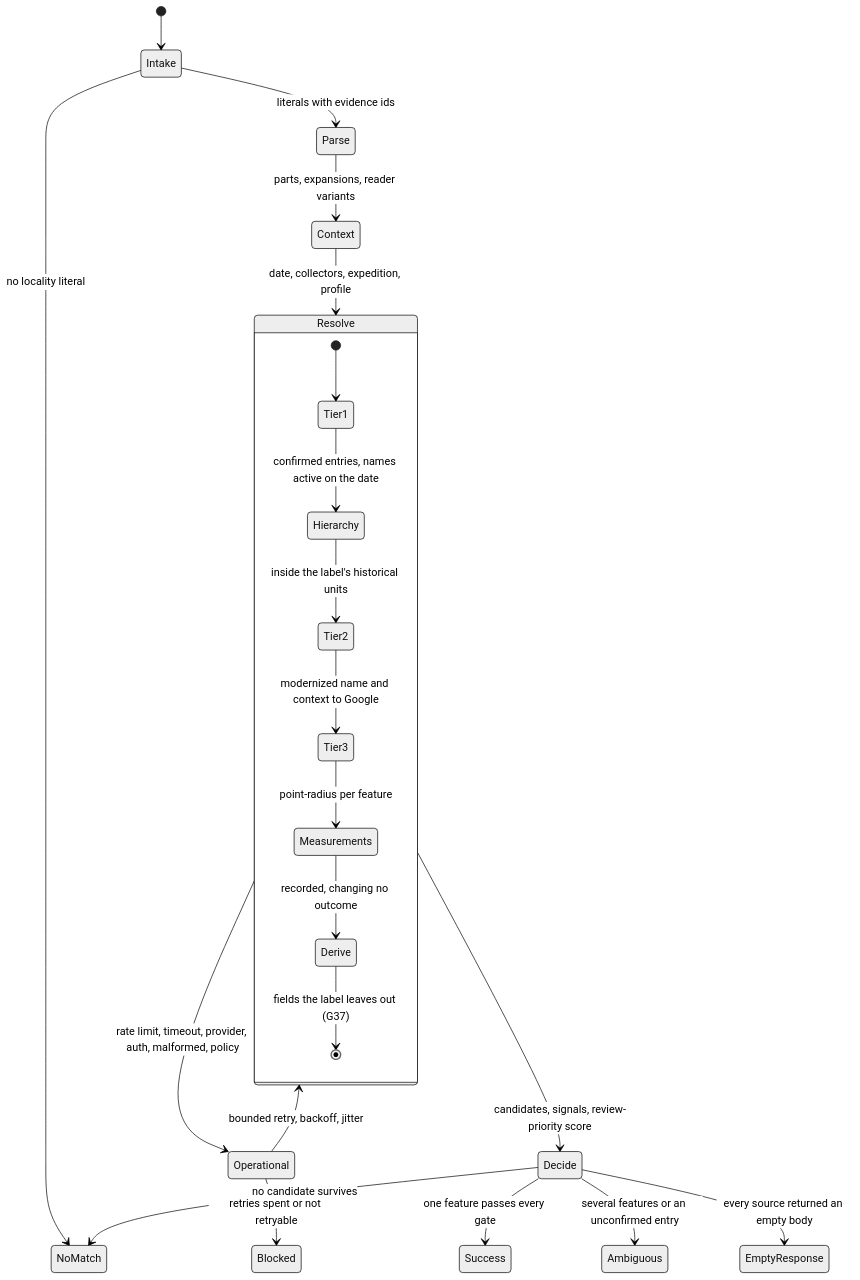
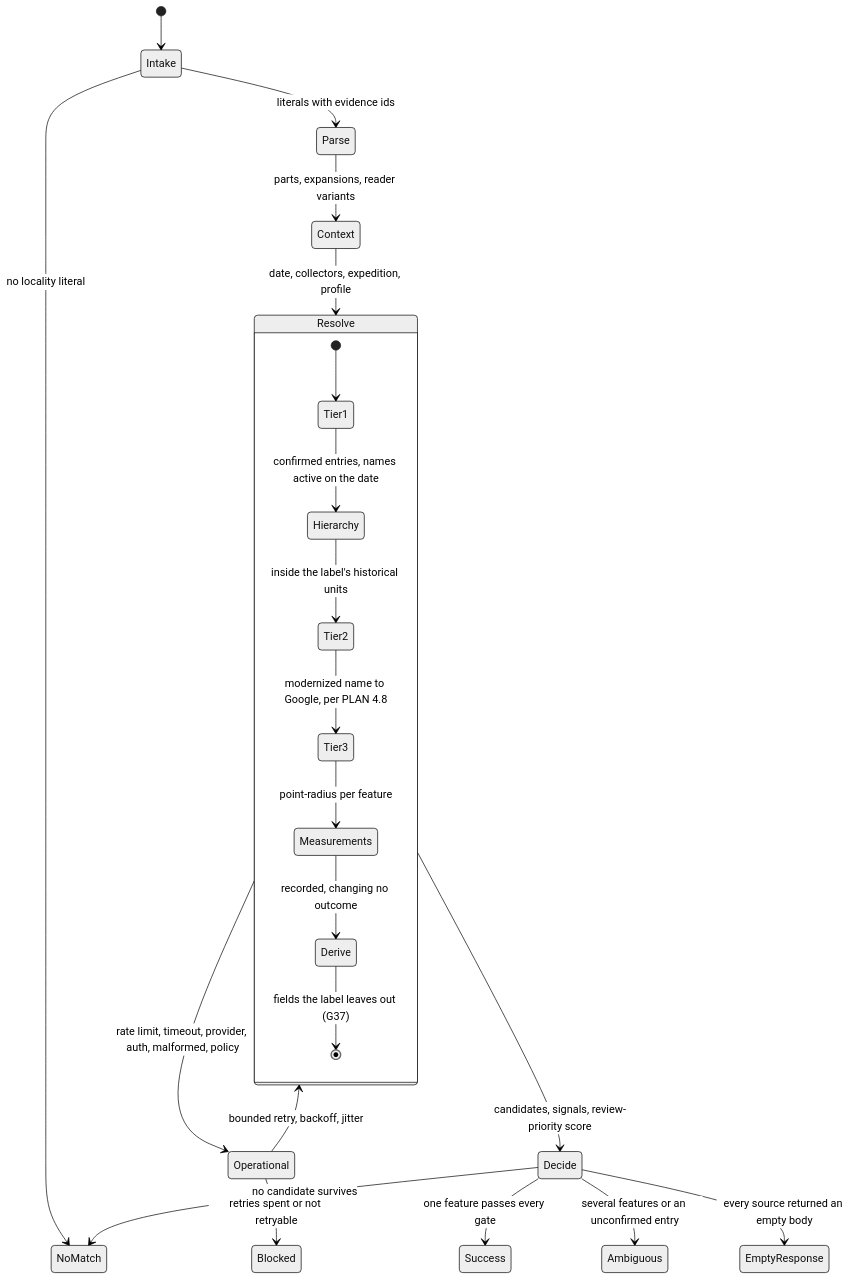
Before and after one commit to anurag-duddu/specimen-digitization-app: the diagram in docs/product-requirements/GEOREFERENCING.md, drawn with Mermaid (neutral theme). The commit also changed other lines of this file and 1 other file, not shown here.

First line of the commit message:
docs: point the georeferencing plan's request rule at PLAN 4.8 (#174)

````diff
--- a/docs/product-requirements/GEOREFERENCING.md
+++ b/docs/product-requirements/GEOREFERENCING.md
@@ -138,25 +138,25 @@
 ```mermaid
 stateDiagram-v2
     [*] --> Intake
     Intake --> NoMatch: no locality literal
     Intake --> Parse: literals with evidence ids
     Parse --> Context: parts, expansions, reader variants
     Context --> Resolve: date, collectors, expedition, profile
     state Resolve {
         [*] --> Tier1
         Tier1 --> Hierarchy: confirmed entries, names active on the date
         Hierarchy --> Tier2: inside the label's historical units
-        Tier2 --> Tier3: modernized name and context to Google
+        Tier2 --> Tier3: modernized name to Google, per PLAN 4.8
         Tier3 --> Measurements: point-radius per feature
         Measurements --> Derive: recorded, changing no outcome
         Derive --> [*]: fields the label leaves out (G37)
     }
     Resolve --> Operational: rate limit, timeout, provider, auth, malformed, policy
     Operational --> Resolve: bounded retry, backoff, jitter
     Operational --> Blocked: retries spent or not retryable
     Resolve --> Decide: candidates, signals, review-priority score
     Decide --> Success: one feature passes every gate
     Decide --> Ambiguous: several features or an unconfirmed entry
     Decide --> NoMatch: no candidate survives
     Decide --> EmptyResponse: every source returned an empty body
 ```
````
